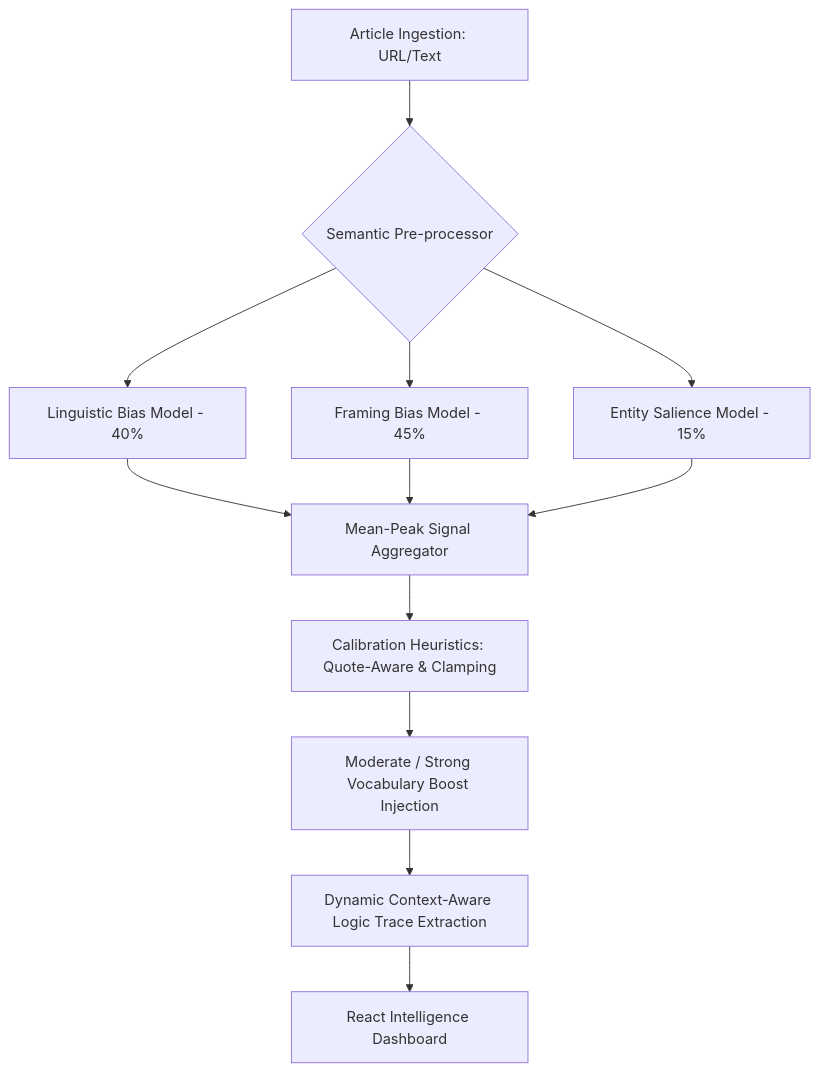
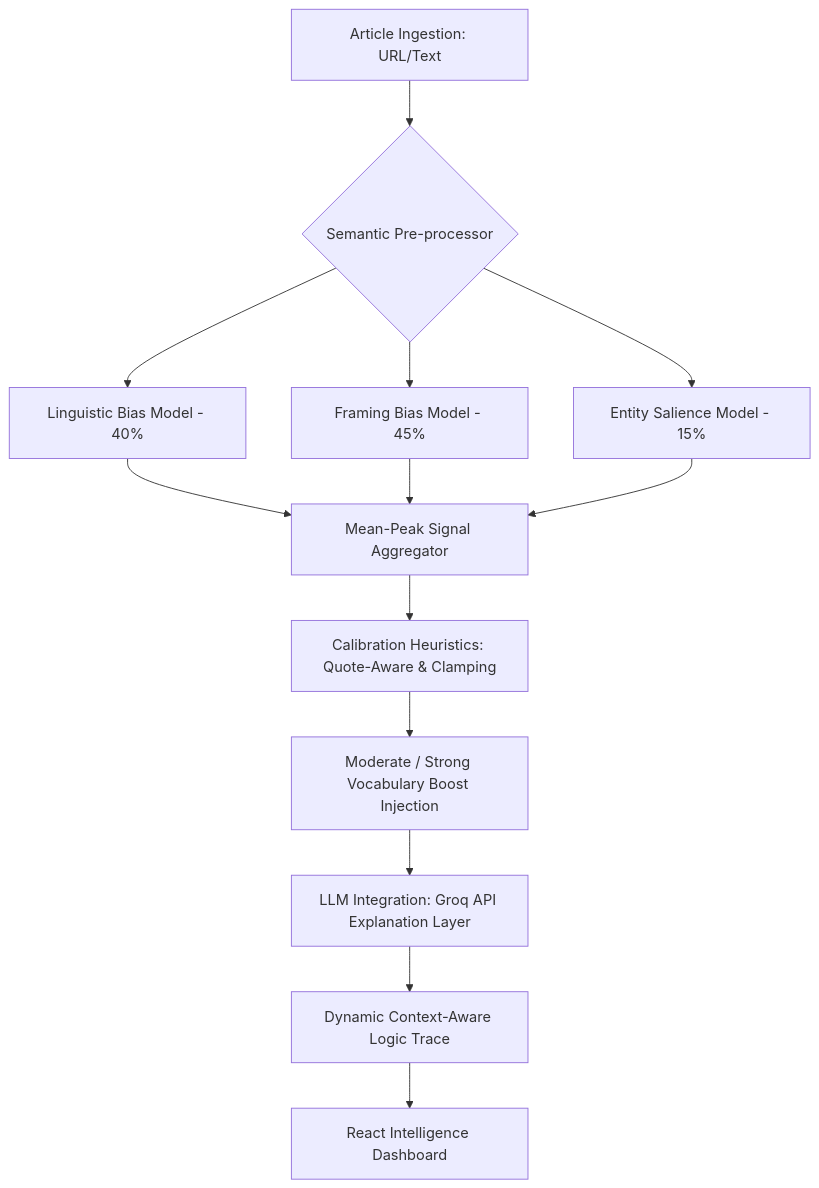
The first of 4 diagrams in README.md (RajDalvi08/Truthlens), drawn with Mermaid before and after one commit. The commit also changed other lines of this file, not shown here.

````diff
--- a/README.md
+++ b/README.md
@@ -26,12 +37,13 @@
 ```mermaid
 graph TD
     A[Article Ingestion: URL/Text] --> B{Semantic Pre-processor}
     B --> C[Linguistic Bias Model - 40%]
     B --> D[Framing Bias Model - 45%]
     B --> E[Entity Salience Model - 15%]
     C & D & E --> F[Mean-Peak Signal Aggregator]
     F --> G[Calibration Heuristics: Quote-Aware & Clamping]
     G --> H[Moderate / Strong Vocabulary Boost Injection]
-    H --> I[Dynamic Context-Aware Logic Trace Extraction]
-    I --> J[React Intelligence Dashboard]
+    H --> I[LLM Integration: Groq API Explanation Layer]
+    I --> J[Dynamic Context-Aware Logic Trace]
+    J --> K[React Intelligence Dashboard]
 ```
````
